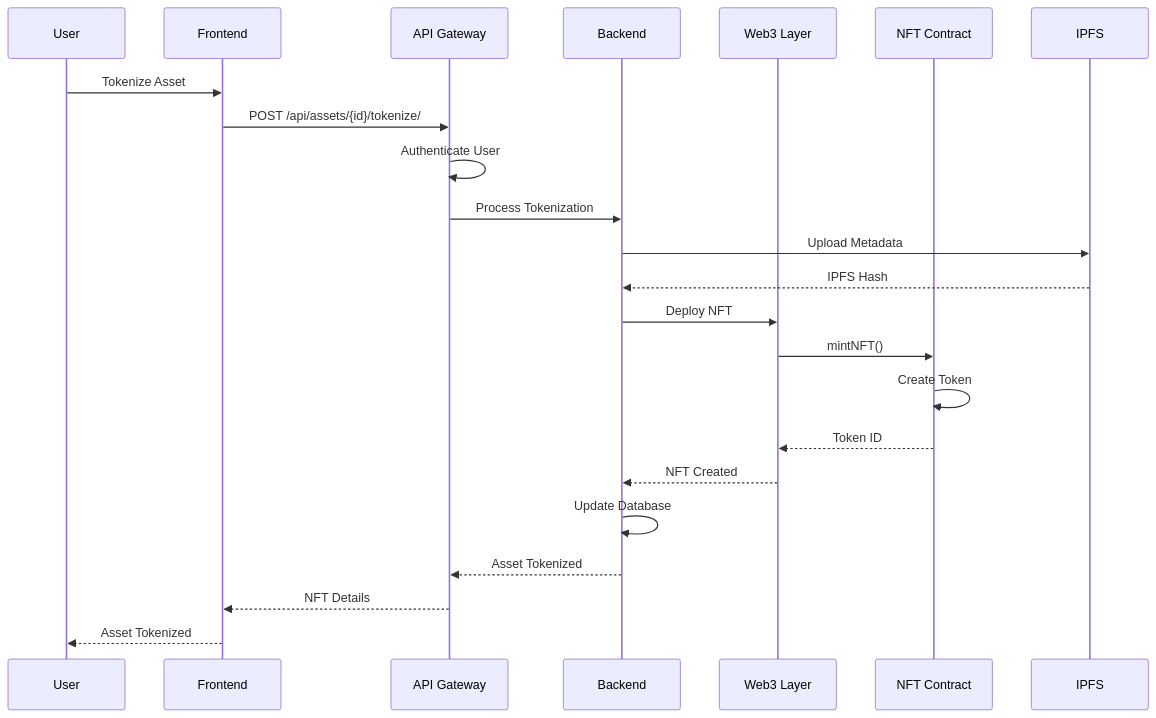
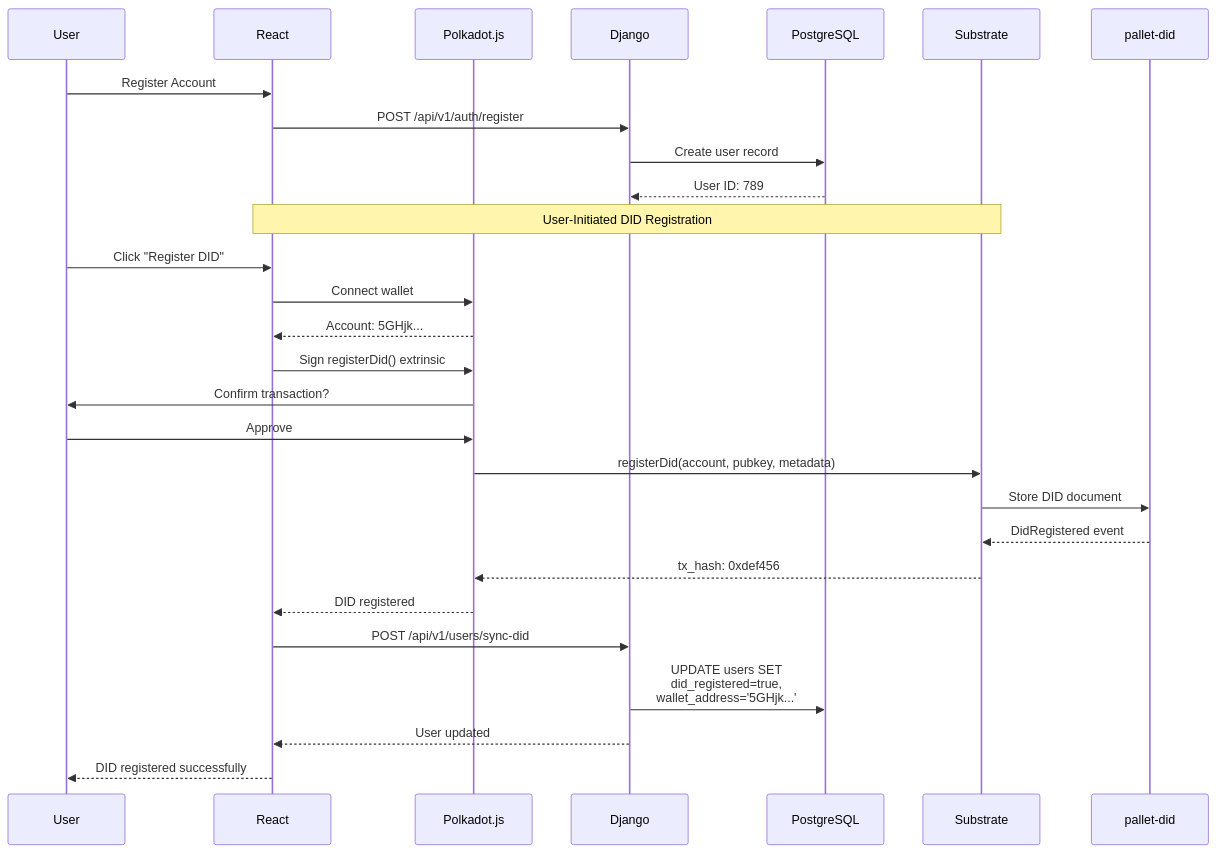
The sixth of 12 diagrams in docs/ARCHITECTURE.md (vcsmy/tidygen), drawn with Mermaid before and after one commit. The commit also changed other lines of this file, not shown here.

First line of the commit message:
docs: add comprehensive system architecture documentation

````diff
--- a/docs/ARCHITECTURE.md
+++ b/docs/ARCHITECTURE.md
@@ -363,26 +431,35 @@
 ```mermaid
 sequenceDiagram
-    participant U as User
-    participant F as Frontend
-    participant A as API Gateway
-    participant B as Backend
-    participant W as Web3 Layer
-    participant N as NFT Contract
-    participant I as IPFS
+    participant User
+    participant React
+    participant PolkadotExt as Polkadot.js
+    participant Django
+    participant DB as PostgreSQL
+    participant Substrate
+    participant DID as pallet-did
+
+    User->>React: Register Account
+    React->>Django: POST /api/v1/auth/register
+    Django->>DB: Create user record
+    DB-->>Django: User ID: 789
     
-    U->>F: Tokenize Asset
-    F->>A: POST /api/assets/{id}/tokenize/
-    A->>A: Authenticate User
-    A->>B: Process Tokenization
-    B->>I: Upload Metadata
-    I-->>B: IPFS Hash
-    B->>W: Deploy NFT
-    W->>N: mintNFT()
-    N->>N: Create Token
-    N-->>W: Token ID
-    W-->>B: NFT Created
-    B->>B: Update Database
-    B-->>A: Asset Tokenized
-    A-->>F: NFT Details
-    F-->>U: Asset Tokenized
+    Note over React,Substrate: User-Initiated DID Registration
+    User->>React: Click "Register DID"
+    React->>PolkadotExt: Connect wallet
+    PolkadotExt-->>React: Account: 5GHjk...
+    
+    React->>PolkadotExt: Sign registerDid() extrinsic
+    PolkadotExt->>User: Confirm transaction?
+    User->>PolkadotExt: Approve
+    
+    PolkadotExt->>Substrate: registerDid(account, pubkey, metadata)
+    Substrate->>DID: Store DID document
+    DID-->>Substrate: DidRegistered event
+    Substrate-->>PolkadotExt: tx_hash: 0xdef456
+    
+    PolkadotExt-->>React: DID registered
+    React->>Django: POST /api/v1/users/sync-did
+    Django->>DB: UPDATE users SET<br/>did_registered=true,<br/>wallet_address='5GHjk...'
+    Django-->>React: User updated
+    React-->>User: DID registered successfully
 ```
````
